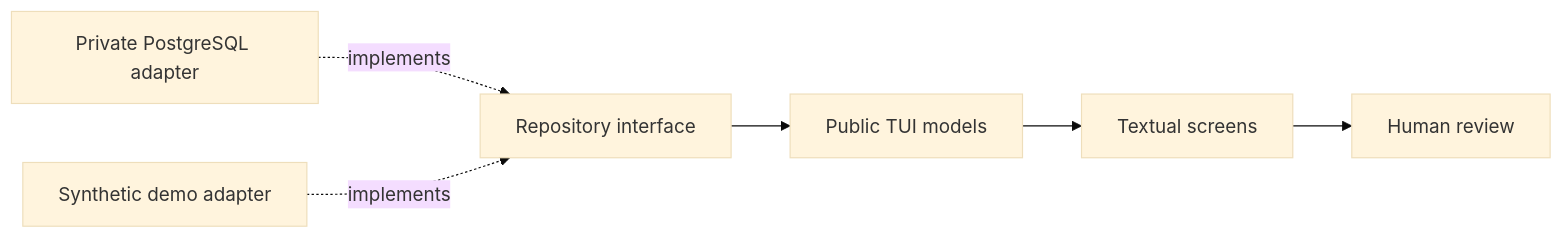
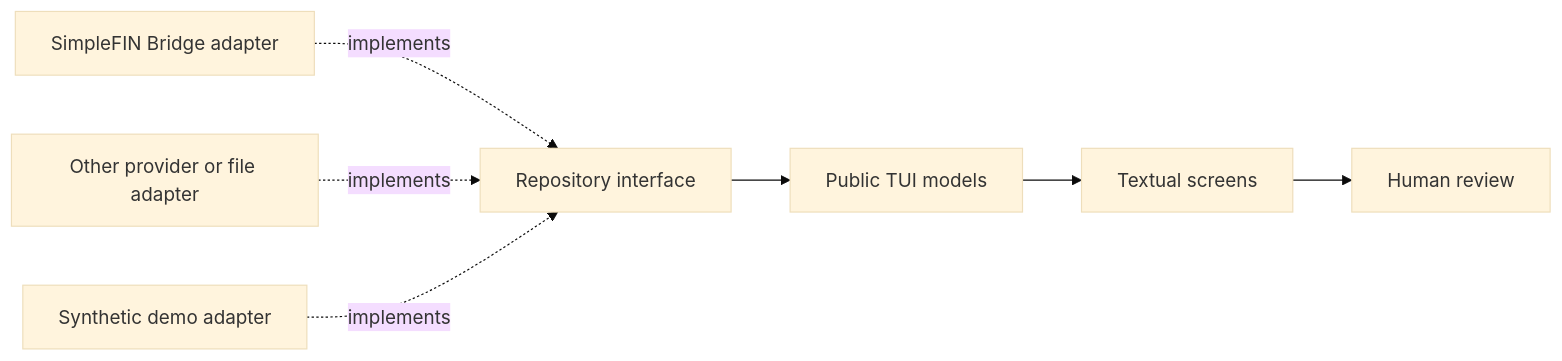
The diagram in README.md (sourcequench/finplan-tui), drawn with Mermaid (base theme) before and after one commit. The commit also changed other lines of this file and 22 other files, not shown here.

Commit message:
Add personal data quickstart and SimpleFIN Docker path

````diff
--- a/README.md
+++ b/README.md
@@ -31,8 +39,9 @@
 ```mermaid
 flowchart LR
   R[Repository interface] --> M[Public TUI models]
   M --> S[Textual screens]
   S --> U[Human review]
-  P[Private PostgreSQL adapter] -.implements.-> R
+  P[SimpleFIN Bridge adapter] -.implements.-> R
+  X[Other provider or file adapter] -.implements.-> R
   D[Synthetic demo adapter] -.implements.-> R
 ```
````
